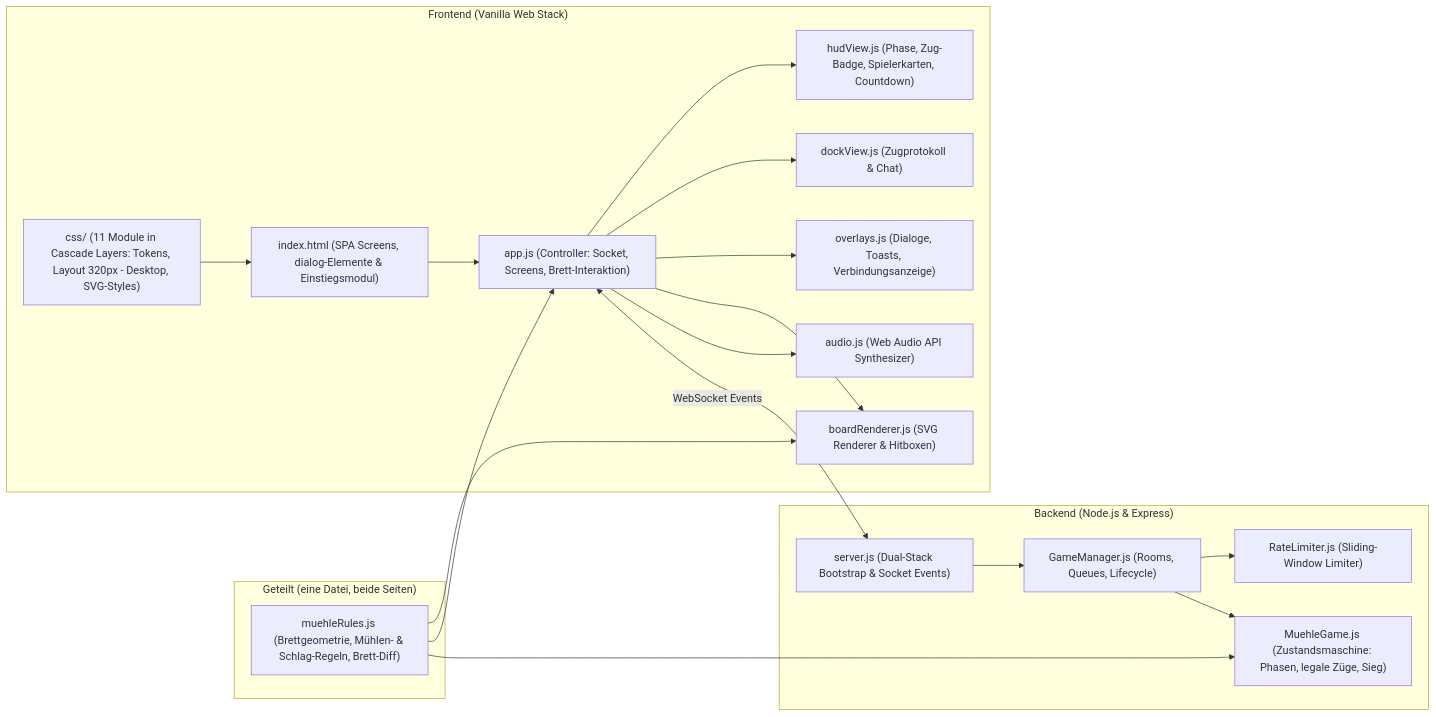
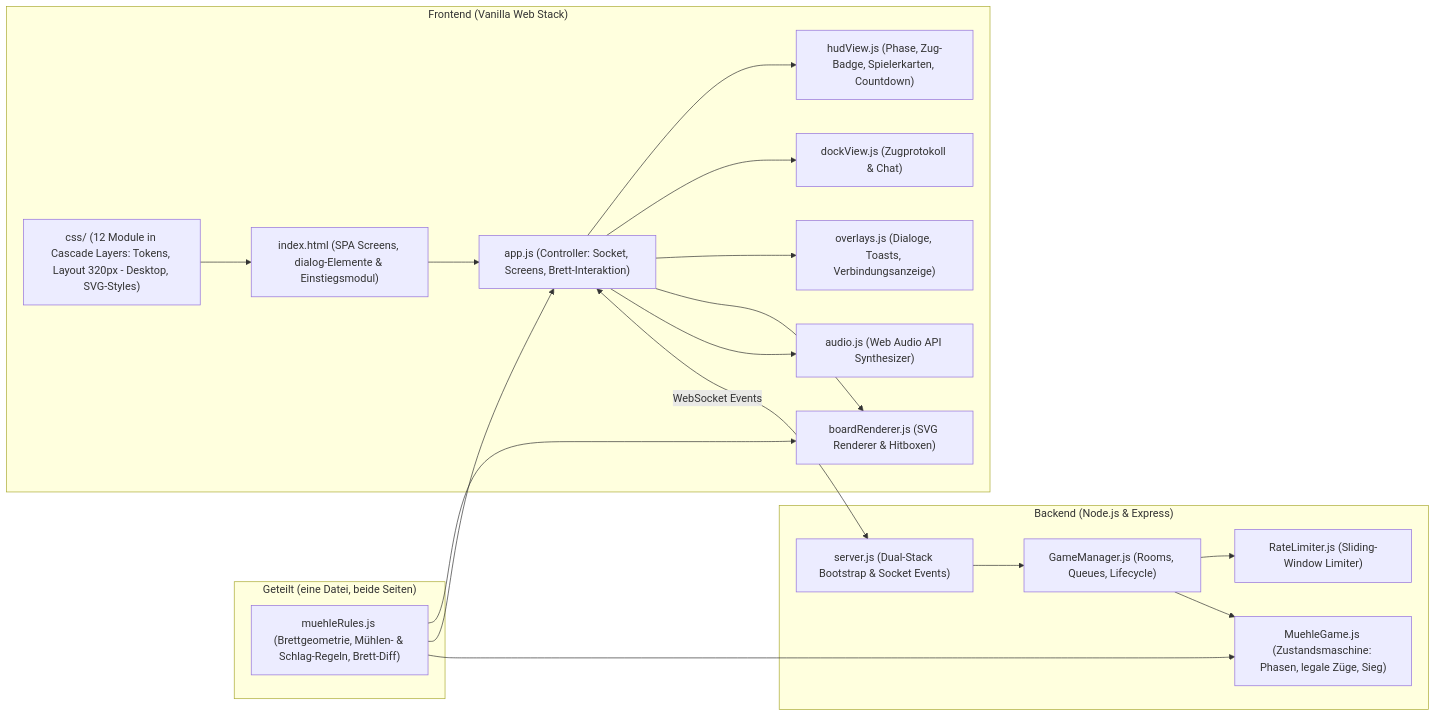
Before and after one commit to sventurbo/MuehleJS: the second of 10 diagrams in Systemmodel.md, drawn with Mermaid. The commit also changed other lines of this file and 3 other files, not shown here.

````diff
--- a/Systemmodel.md
+++ b/Systemmodel.md
@@ -70,39 +70,39 @@
 ```mermaid
 graph LR
     subgraph Shared["Geteilt (eine Datei, beide Seiten)"]
         RULES["muehleRules.js (Brettgeometrie, Mühlen- & Schlag-Regeln, Brett-Diff)"]
     end
 
     subgraph Frontend["Frontend (Vanilla Web Stack)"]
         HTML["index.html (SPA Screens, dialog-Elemente & Einstiegsmodul)"]
-        CSS["css/ (11 Module in Cascade Layers: Tokens, Layout 320px - Desktop, SVG-Styles)"]
+        CSS["css/ (12 Module in Cascade Layers: Tokens, Layout 320px - Desktop, SVG-Styles)"]
         APP["app.js (Controller: Socket, Screens, Brett-Interaktion)"]
         HUD["hudView.js (Phase, Zug-Badge, Spielerkarten, Countdown)"]
         DOCK["dockView.js (Zugprotokoll & Chat)"]
         OVL["overlays.js (Dialoge, Toasts, Verbindungsanzeige)"]
         BR["boardRenderer.js (SVG Renderer & Hitboxen)"]
         AU["audio.js (Web Audio API Synthesizer)"]
     end
 
     subgraph Backend["Backend (Node.js & Express)"]
         SRV["server.js (Dual-Stack Bootstrap & Socket Events)"]
         MGR["GameManager.js (Rooms, Queues, Lifecycle)"]
         RTL["RateLimiter.js (Sliding-Window Limiter)"]
         MHL["MuehleGame.js (Zustandsmaschine: Phasen, legale Züge, Sieg)"]
     end
 
     HTML --> APP
     CSS --> HTML
     APP --> HUD
     APP --> DOCK
     APP --> OVL
     APP --> BR
     APP --> AU
     APP <-->|WebSocket Events| SRV
     SRV --> MGR
     MGR --> RTL
     MGR --> MHL
     RULES --> BR
     RULES --> APP
     RULES --> MHL
 ```
````
